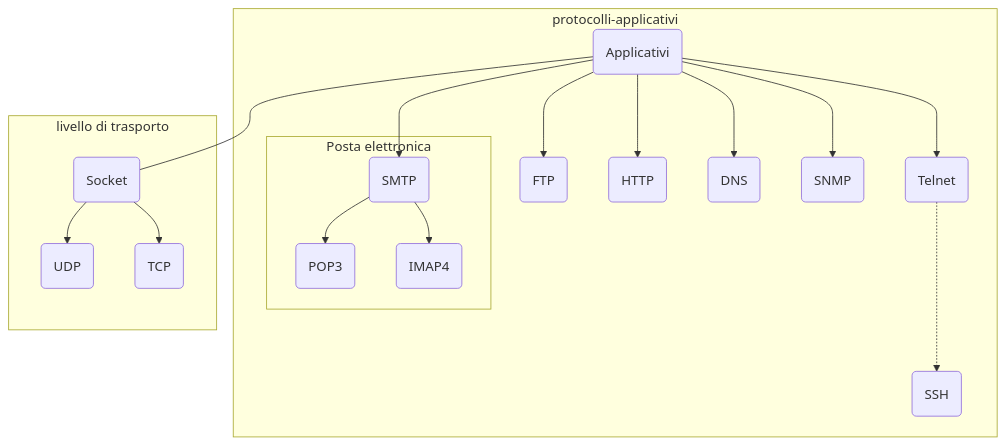
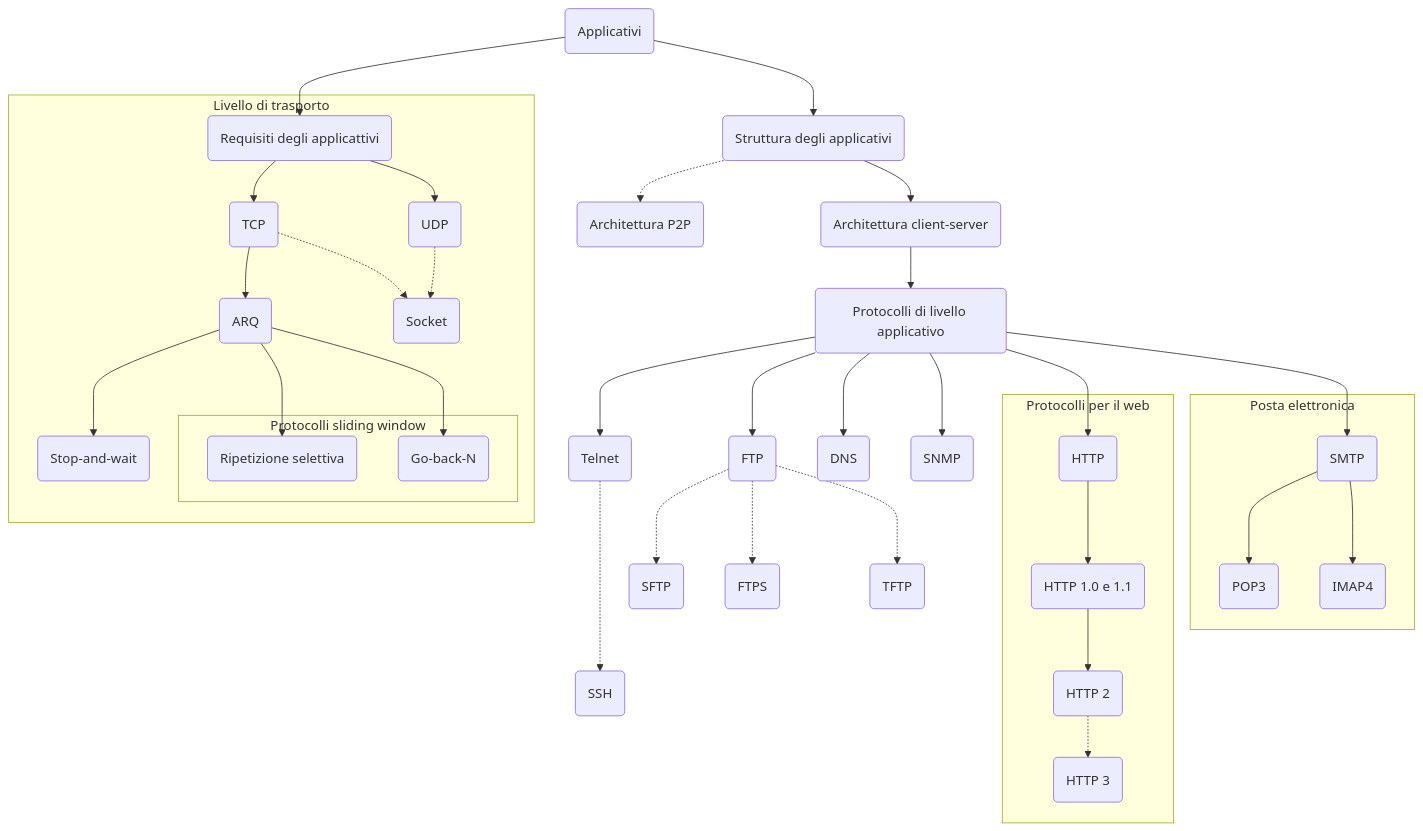
Before and after one commit to makapx/appunti-reti: the diagram in flow.md, drawn with Mermaid.

Commit message:
feat(flow.md): aggiornata roadmap

````diff
--- a/flow.md
+++ b/flow.md
@@ -1,27 +1,78 @@
 ```mermaid
 flowchart TB
 
-applicativo(Applicativi)
+applicativi(Applicativi)
+strutturaapplicativi(Struttura degli applicativi)
+requisitiapplicativi(Requisiti degli applicattivi)
+
+tcp(TCP)
+udp(UDP)
+socket(Socket)
+arq(ARQ)
+sw(Stop-and-wait)
+gbn(Go-back-N)
+sr(Ripetizione selettiva)
+
+architetturaP2P(Architettura P2P)
+architetturacs(Architettura client-server)
+
+applicativo(Protocolli di livello applicativo)
 telnet(Telnet)
 ssh(SSH)
 ftp(FTP)
-http(HTTP)
 smtp(SMTP)
 pop(POP3)
 imap(IMAP4)
 dns(DNS)
 snmp(SNMP)
+http(HTTP)
 
-socket(Socket)
-socket-udp(UDP)
-socket-tcp(TCP)
+http1(HTTP 1.0 e 1.1)
+http2(HTTP 2)
+http3(HTTP 3)
 
-subgraph protocolli-applicativi
+sftp(SFTP)
+ftps(FTPS)
+tftp(TFTP)
+
+applicativi --> requisitiapplicativi
+subgraph protocolli-trasporto[Livello di trasporto]
+requisitiapplicativi --> tcp
+requisitiapplicativi --> udp
+
+tcp --> arq
+arq --> sw
+
+arq --> sr
+arq --> gbn
+
+subgraph sliding-window-protocolo[Protocolli sliding window]
+sr
+gbn
+end
+udp -.-> socket
+tcp -.-> socket
+end
+
+applicativi --> strutturaapplicativi
+strutturaapplicativi -.-> architetturaP2P
+strutturaapplicativi --> architetturacs
+architetturacs --> applicativo
 applicativo --> telnet
 applicativo --> ftp
-applicativo --> http
 applicativo --> dns
 applicativo --> snmp
+applicativo --> http
+
+subgraph protocolli-web[Protocolli per il web]
+http --> http1
+http1 --> http2
+http2 -.-> http3
+end
+
+ftp -.-> sftp
+ftp -.-> ftps
+ftp -.-> tftp
 
 applicativo --> smtp
 subgraph protocolli-posta[Posta elettronica]
@@ -30,11 +81,4 @@
 end
 
 telnet -..-> ssh
-end
-
-applicativo --- socket
-subgraph trasporto[livello di trasporto]
-socket --> socket-udp
-socket --> socket-tcp
-end
 ```
````
